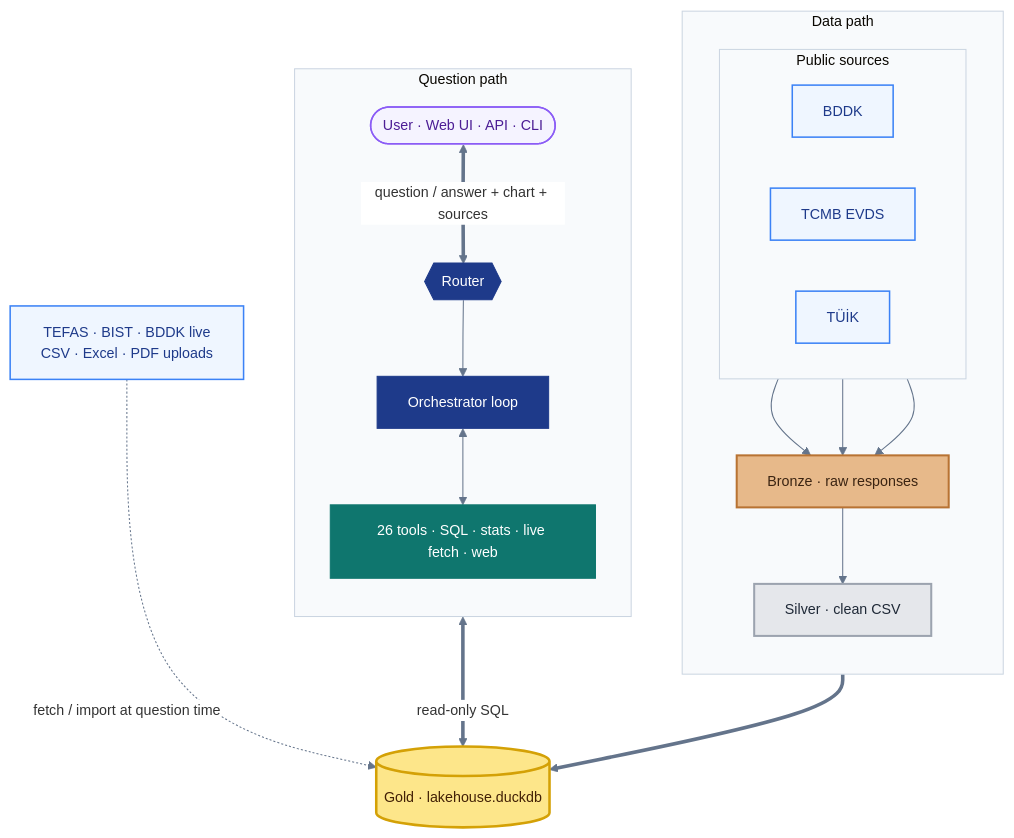
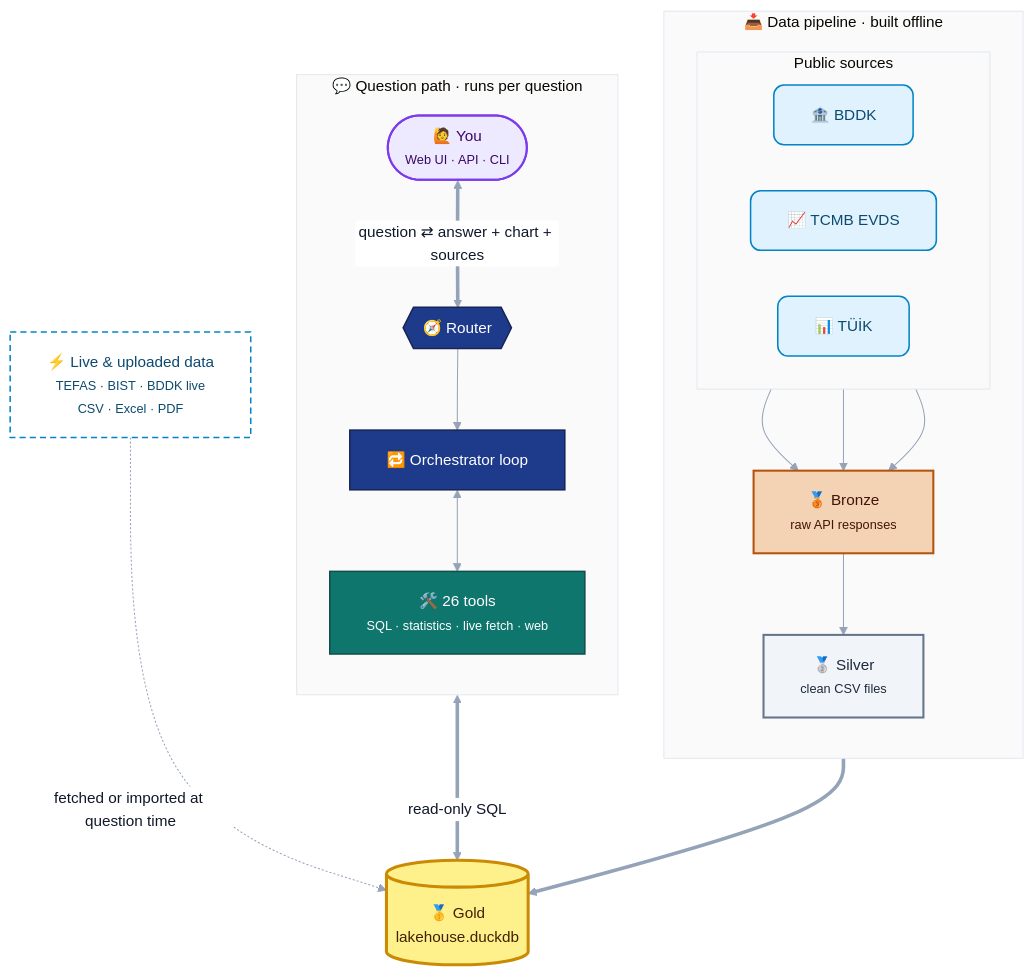
Before and after one commit to berataydemirr/albert-long-nodes-kkb-hackathon: the first of 4 diagrams in README.md, drawn with Mermaid. The commit also changed other lines of this file, not shown here.

Commit message:
update readme with diagrams

````diff
--- a/README.md
+++ b/README.md
@@ -192,45 +50,46 @@
 ```mermaid
-%%{init: {"theme": "base", "themeVariables": {"fontFamily": "Segoe UI, Helvetica, Arial, sans-serif", "fontSize": "14px", "lineColor": "#64748b", "clusterBkg": "#f8fafc", "clusterBorder": "#cbd5e1", "edgeLabelBackground": "#ffffff"}}}%%
+%%{init: {"theme": "base", "themeVariables": {"fontFamily": "Inter, Segoe UI, Helvetica, Arial, sans-serif", "fontSize": "15px", "lineColor": "#94a3b8", "primaryTextColor": "#0f172a", "clusterBkg": "#fafafa", "clusterBorder": "#e2e8f0", "edgeLabelBackground": "#ffffff"}, "flowchart": {"curve": "basis", "nodeSpacing": 45, "rankSpacing": 55, "padding": 18}}}%%
 flowchart TB
-  classDef src    fill:#eff6ff,stroke:#3b82f6,stroke-width:1.5px,color:#1e3a8a
-  classDef user   fill:#f5f3ff,stroke:#8b5cf6,stroke-width:1.5px,color:#4c1d95
-  classDef bronze fill:#e7b98a,stroke:#b87333,stroke-width:2px,color:#3b2412
-  classDef silver fill:#e5e7eb,stroke:#9ca3af,stroke-width:2px,color:#1f2937
-  classDef gold   fill:#fde68a,stroke:#d4a106,stroke-width:2.5px,color:#422006
-  classDef brain  fill:#1e3a8a,stroke:#1e3a8a,color:#ffffff
-  classDef tool   fill:#0f766e,stroke:#0f766e,color:#ffffff
+  classDef src    fill:#e0f2fe,stroke:#0284c7,stroke-width:1.5px,color:#0c4a6e,rx:10,ry:10
+  classDef user   fill:#ede9fe,stroke:#7c3aed,stroke-width:2px,color:#3b0764
+  classDef bronze fill:#f3d3b4,stroke:#b45309,stroke-width:2px,color:#431407
+  classDef silver fill:#f1f5f9,stroke:#64748b,stroke-width:2px,color:#1e293b
+  classDef gold   fill:#fef08a,stroke:#ca8a04,stroke-width:3px,color:#422006
+  classDef brain  fill:#1e3a8a,stroke:#172554,stroke-width:1.5px,color:#ffffff
+  classDef tool   fill:#0f766e,stroke:#134e4a,stroke-width:1.5px,color:#ffffff
+  classDef live   fill:#ffffff,stroke:#0284c7,stroke-width:1.5px,stroke-dasharray:6 4,color:#0c4a6e
 
-  subgraph DATA["Data path"]
+  subgraph DATA["📥  Data pipeline · built offline"]
     direction TB
     subgraph SRC["Public sources"]
       direction LR
-      bddk["BDDK"]:::src
-      evds["TCMB EVDS"]:::src
-      tuik["TÜİK"]:::src
+      bddk["🏦 BDDK"]:::src
+      evds["📈 TCMB EVDS"]:::src
+      tuik["📊 TÜİK"]:::src
     end
-    bronze["Bronze · raw responses"]:::bronze
-    silver["Silver · clean CSV"]:::silver
+    bronze["🥉 Bronze<br/><small>raw API responses</small>"]:::bronze
+    silver["🥈 Silver<br/><small>clean CSV files</small>"]:::silver
     bddk --> bronze
     evds --> bronze
     tuik --> bronze
     bronze --> silver
   end
 
-  subgraph AGENT["Question path"]
+  subgraph ASK["💬  Question path · runs per question"]
     direction TB
-    user(["User · Web UI · API · CLI"]):::user
-    router{{"Router"}}:::brain
-    orch["Orchestrator loop"]:::brain
-    tools["26 tools · SQL · stats · live fetch · web"]:::tool
-    user <== "question / answer + chart + sources" ==> router
+    user(["🙋 You<br/><small>Web UI · API · CLI</small>"]):::user
+    router{{"🧭 Router"}}:::brain
+    orch["🔁 Orchestrator loop"]:::brain
+    tools["🛠️ 26 tools<br/><small>SQL · statistics · live fetch · web</small>"]:::tool
+    user <== "question ⇄ answer + chart + sources" ==> router
     router --> orch
     orch <--> tools
   end
 
-  gold[("Gold · lakehouse.duckdb")]:::gold
-  live["TEFAS · BIST · BDDK live<br/>CSV · Excel · PDF uploads"]:::src
+  gold[("🥇 Gold<br/>lakehouse.duckdb")]:::gold
+  live["⚡ Live & uploaded data<br/><small>TEFAS · BIST · BDDK live<br/>CSV · Excel · PDF</small>"]:::live
 
   silver ==> gold
   tools <== "read-only SQL" ==> gold
-  live -. "fetch / import at question time" .-> gold
+  live -. "fetched or imported at question time" .-> gold
 ```
````
